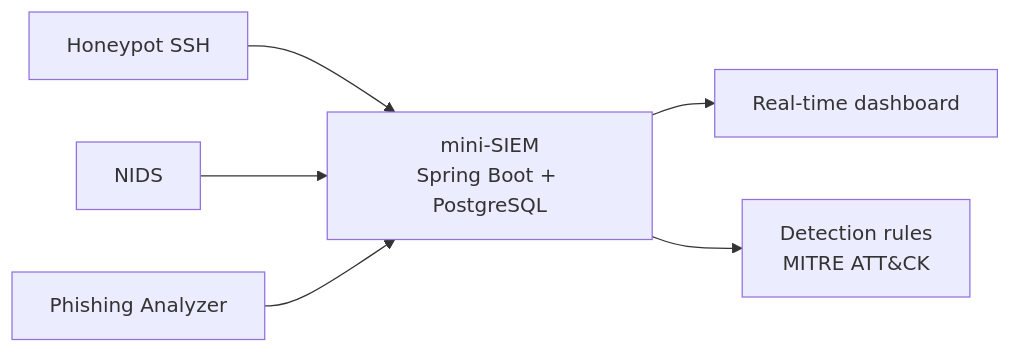
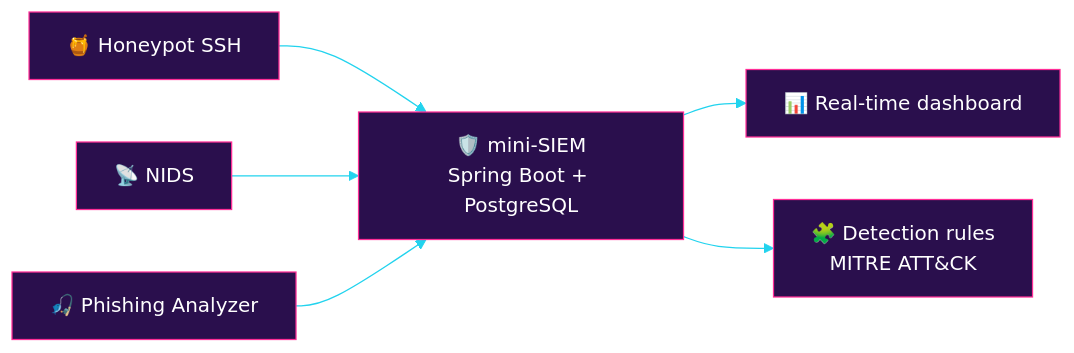
Before and after one commit to VitoriaChuarts/VitoriaChuarts: the diagram in README.md, drawn with Mermaid. The commit also changed other lines of this file, not shown here.

````diff
--- a/README.md
+++ b/README.md
@@ -36,8 +25,9 @@
 ```mermaid
+%%{init: {'theme':'base','themeVariables':{'primaryColor':'#2a0f4d','primaryTextColor':'#ffffff','primaryBorderColor':'#ff2e97','lineColor':'#22d3ee','fontFamily':'monospace'}}}%%
 flowchart LR
-    A["Honeypot SSH"] --> D
-    B["NIDS"] --> D
-    C["Phishing Analyzer"] --> D
-    D["mini-SIEM<br/>Spring Boot + PostgreSQL"] --> E["Real-time dashboard"]
-    D --> F["Detection rules<br/>MITRE ATT&CK"]
+    A["🍯 Honeypot SSH"] --> D
+    B["📡 NIDS"] --> D
+    C["🎣 Phishing Analyzer"] --> D
+    D["🛡️ mini-SIEM<br/>Spring Boot + PostgreSQL"] --> E["📊 Real-time dashboard"]
+    D --> F["🧩 Detection rules<br/>MITRE ATT&CK"]
 ```
````
